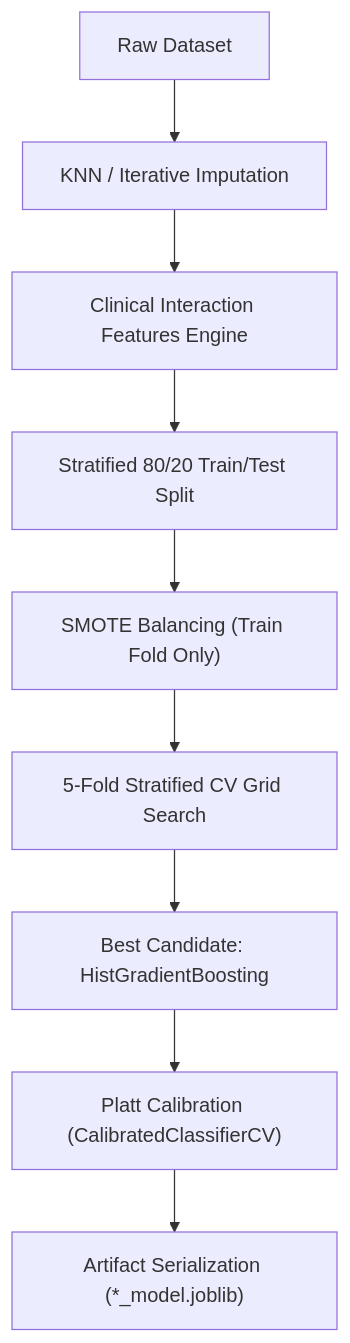
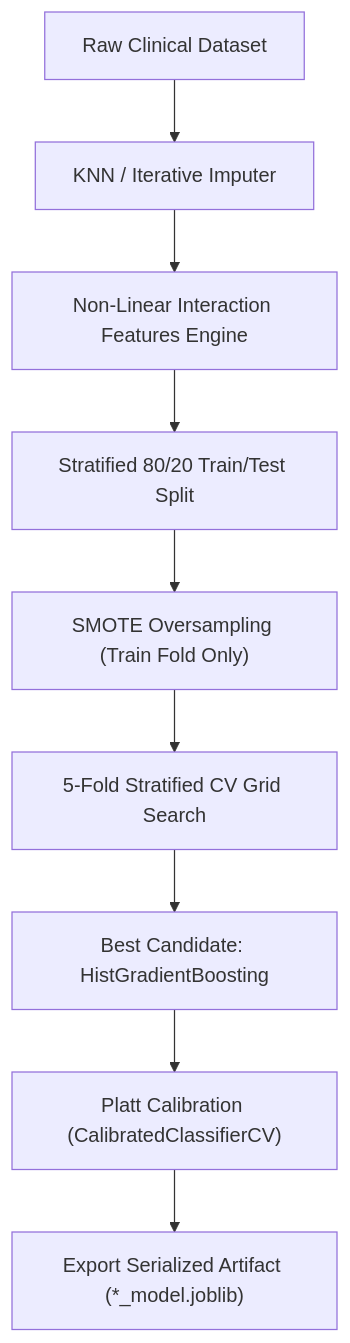
The first of 4 diagrams in NEW_CHANGES.md (Capstone-17/Nutriloop), drawn with Mermaid before and after one commit. The commit also changed other lines of this file, not shown here.

````diff
--- a/NEW_CHANGES.md
+++ b/NEW_CHANGES.md
@@ -67,11 +126,11 @@
 ```mermaid
 graph TD
-    A["Raw Dataset"] --> B["KNN / Iterative Imputation"]
-    B --> C["Clinical Interaction Features Engine"]
+    A["Raw Clinical Dataset"] --> B["KNN / Iterative Imputer"]
+    B --> C["Non-Linear Interaction Features Engine"]
     C --> D["Stratified 80/20 Train/Test Split"]
-    D --> E["SMOTE Balancing (Train Fold Only)"]
+    D --> E["SMOTE Oversampling (Train Fold Only)"]
     E --> F["5-Fold Stratified CV Grid Search"]
     F --> G["Best Candidate: HistGradientBoosting"]
     G --> H["Platt Calibration (CalibratedClassifierCV)"]
-    H --> I["Artifact Serialization (*_model.joblib)"]
+    H --> I["Export Serialized Artifact (*_model.joblib)"]
 ```
````
